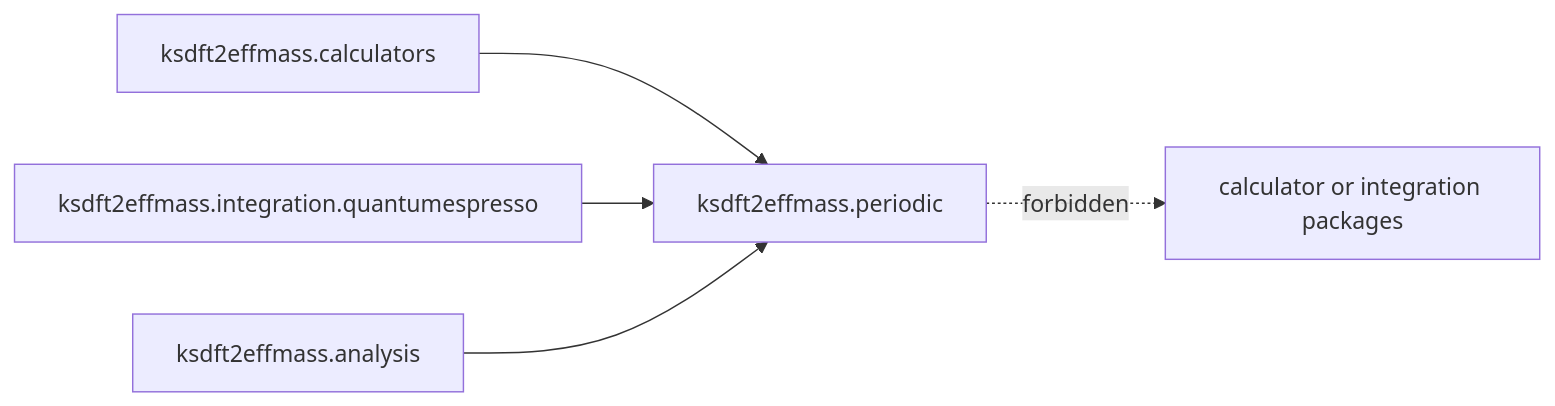
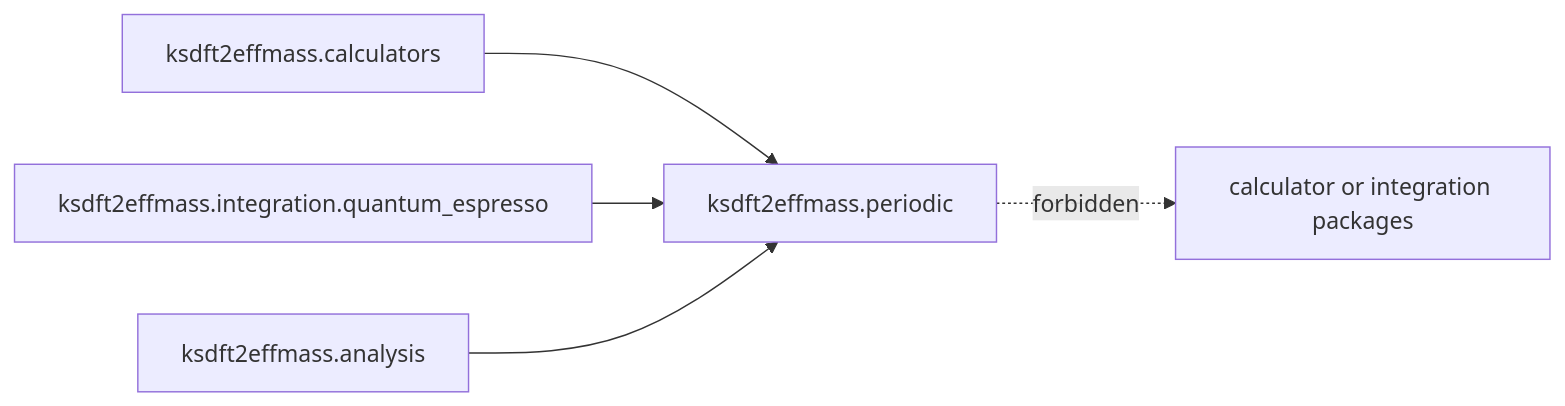
The diagram in docs/architecture/v2/ksdft2effmass/periodic/index.md (eragasa/ksdft2effmass), drawn with Mermaid before and after one commit. The commit also changed 119 other files, not shown here.

Commit message:
Complete Quantum ESPRESSO integration boundary

````diff
--- a/docs/architecture/v2/ksdft2effmass/periodic/index.md
+++ b/docs/architecture/v2/ksdft2effmass/periodic/index.md
@@ -7,7 +7,7 @@
 ```mermaid
 flowchart LR
     calculators["ksdft2effmass.calculators"] --> periodic["ksdft2effmass.periodic"]
-    integration["ksdft2effmass.integration.quantumespresso"] --> periodic
+    integration["ksdft2effmass.integration.quantum_espresso"] --> periodic
     analysis["ksdft2effmass.analysis"] --> periodic
     periodic -. forbidden .-> calculator_specific["calculator or integration packages"]
 ```
````
